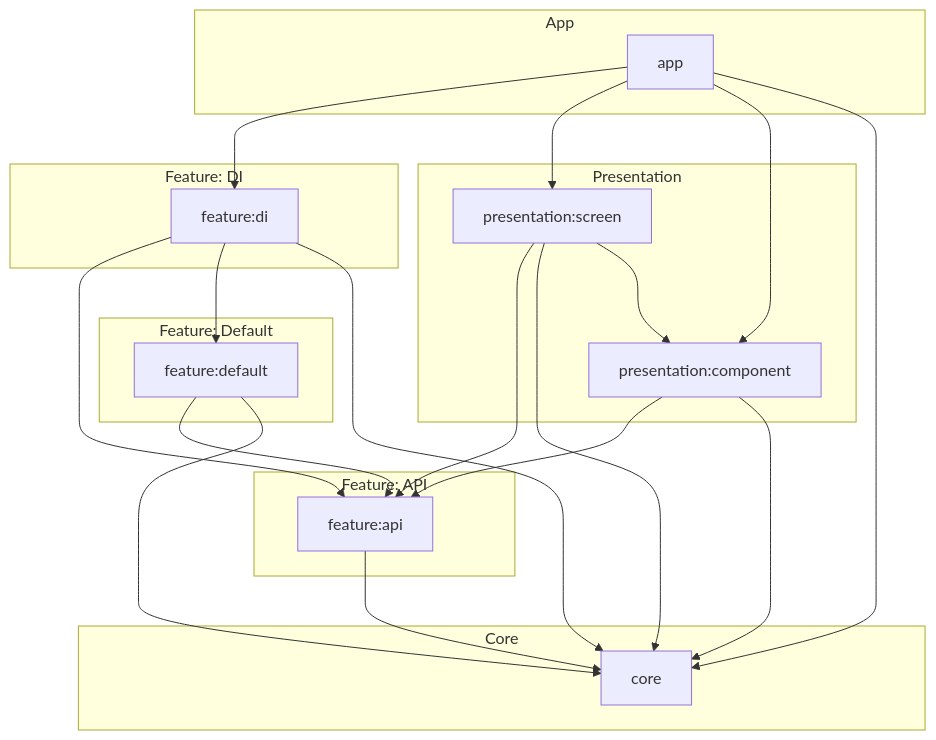
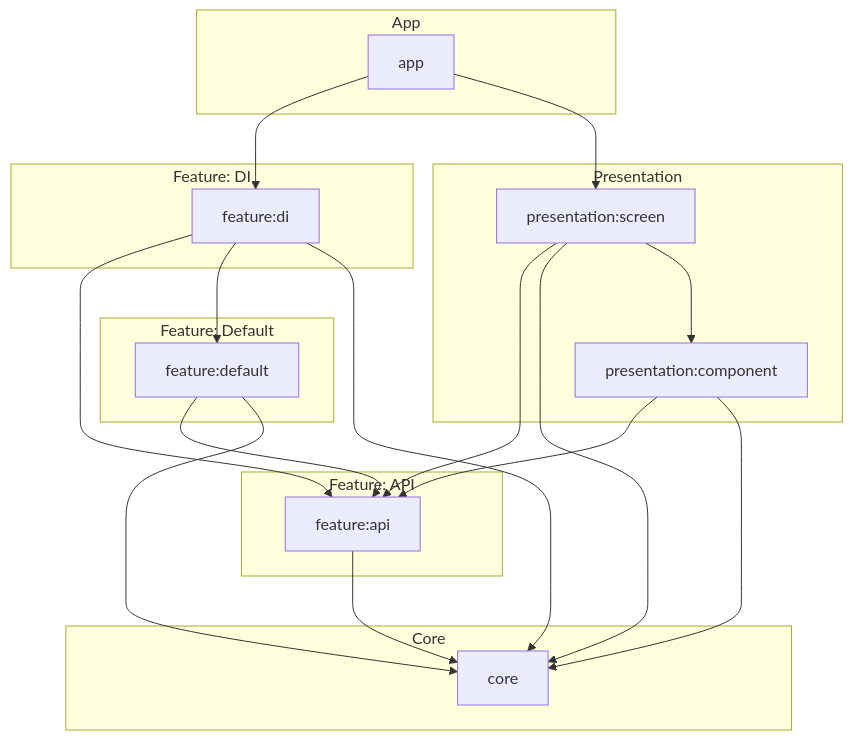
One commit to AleksRychkov/scrooge-android changed the diagram in README.md. Above: the diagram before and after it, drawn with Mermaid.

````diff
--- a/README.md
+++ b/README.md
@@ -17,55 +17,53 @@
 ```mermaid
 graph TD
 
 %% ===== LAYERS / COLUMNS =====
     subgraph APP_LAYER["App"]
         APP["app"]
     end
 
     subgraph PRES_LAYER["Presentation"]
         PRES_SCREEN["presentation:screen"]
         PRES_COMPONENT["presentation:component"]
     end
 
     subgraph FEATURE_LAYER_API["Feature: API"]
         FEATURE_API["feature:api"]
     end
 
     subgraph FEATURE_LAYER_DEFAULT["Feature: Default"]
         FEATURE_DEFAULT["feature:default"]
     end
 
     subgraph FEATURE_LAYER_DI["Feature: DI"]
         FEATURE_DI["feature:di"]
     end
 
     subgraph CORE_LAYER["Core"]
         CORE["core"]
     end
 
 %% ===== HIGH-LEVEL EDGES =====
 
 %% App dependencies
     APP --> FEATURE_DI
     APP --> PRES_SCREEN
-    APP --> PRES_COMPONENT
-    APP --> CORE
 
 %% Presentation depends on API
     PRES_SCREEN --> FEATURE_API
     PRES_SCREEN --> CORE
     PRES_SCREEN --> PRES_COMPONENT
 
     PRES_COMPONENT --> FEATURE_API
     PRES_COMPONENT --> CORE
 
 %% Feature dependencies
     FEATURE_DEFAULT --> FEATURE_API
     FEATURE_DEFAULT --> CORE
 
     FEATURE_DI --> FEATURE_API
     FEATURE_DI --> FEATURE_DEFAULT
     FEATURE_DI --> CORE
 
     FEATURE_API --> CORE
 ```
````
